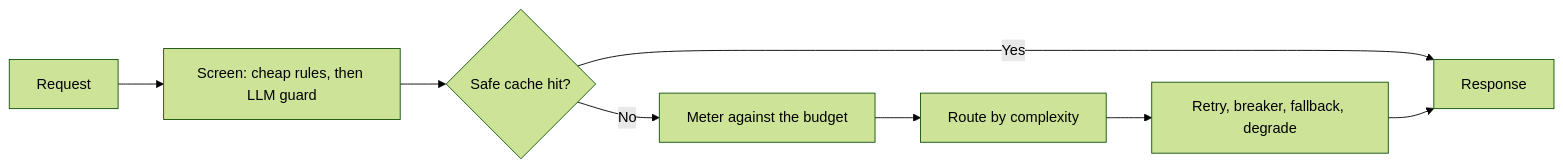
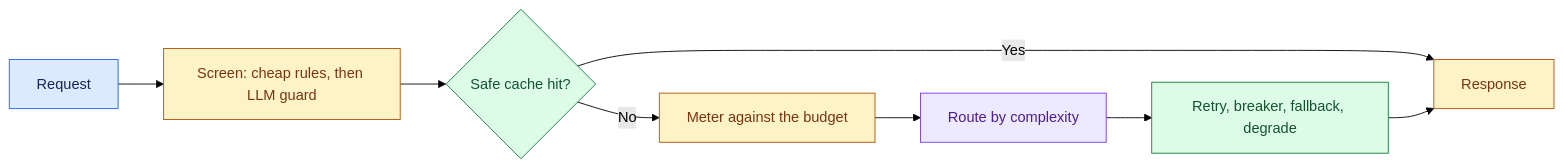
The diagram in site/content/modules/15-fde-case-studies/standalone-designs/production-llm-gateway/intro.md (Sourav692/Forward-Deployed-Engineer-Interview-Prep), drawn with Mermaid (forest theme) before and after one commit. The commit also changed other lines of this file and 1268 other files, not shown here.

First line of the commit message:
content: polish Casebook writing and Mermaid diagrams (#251)

````diff
--- a/site/content/modules/15-fde-case-studies/standalone-designs/production-llm-gateway/intro.md
+++ b/site/content/modules/15-fde-case-studies/standalone-designs/production-llm-gateway/intro.md
@@ -15,10 +16,20 @@
 ```mermaid
 flowchart LR
   A[Request] --> B[Screen: cheap rules, then LLM guard]
   B --> C{Safe cache hit?}
   C -->|Yes| G[Response]
   C -->|No| D[Meter against the budget]
   D --> E[Route by complexity]
   E --> F[Retry, breaker, fallback, degrade]
   F --> G
+
+    %% Casebook colours: entry, reasoning, results, controls, and stopped paths.
+    classDef cbInput fill:#dbeafe,stroke:#2563eb,color:#172554
+    class A cbInput
+    classDef cbPolicy fill:#fef3c7,stroke:#b45309,color:#78350f
+    class B,G,D cbPolicy
+    classDef cbAction fill:#dcfce7,stroke:#15803d,color:#14532d
+    class C,F cbAction
+    classDef cbReason fill:#ede9fe,stroke:#7c3aed,color:#4c1d95
+    class E cbReason
 ```
````
